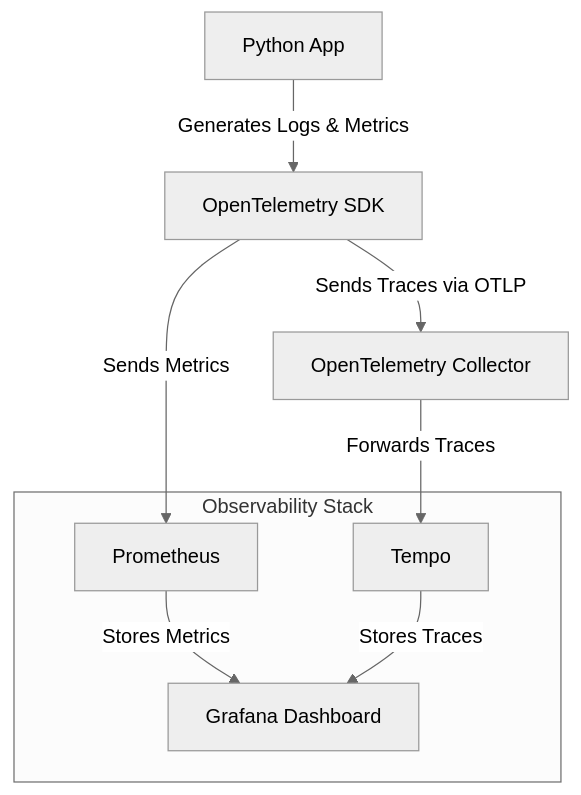
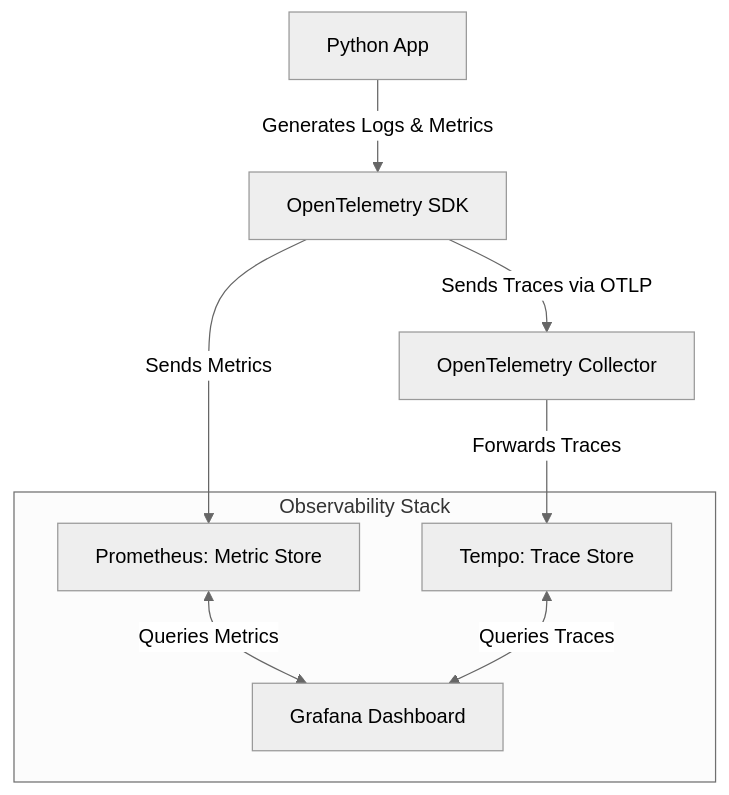
One commit to avinashvaidya09/multi_agent_system_demo changed the diagram in README.md. Above: the diagram before and after it, drawn with Mermaid (neutral theme). The commit also changed other lines of this file and 4 other files, not shown here.

````diff
--- a/README.md
+++ b/README.md
@@ -219,15 +241,15 @@
     ```mermaid
     graph TD;
     A[Python App] -->|Generates Logs & Metrics| B[OpenTelemetry SDK];
-    B -->|Sends Metrics| C[Prometheus];
+    B -->|Sends Metrics| C[Prometheus: Metric Store];
     B -->|Sends Traces via OTLP| D[OpenTelemetry Collector];
-    D -->|Forwards Traces| E[Tempo];
-    C -->|Stores Metrics| F[Grafana Dashboard];
-    E -->|Stores Traces| F[Grafana Dashboard];
+    D -->|Forwards Traces| E[Tempo: Trace Store];
+    C <--> |Queries Metrics| F[Grafana Dashboard];
+    E <--> |Queries Traces| F[Grafana Dashboard];
     
     subgraph Observability Stack
         C
         E
         F
     end
     ```
````
